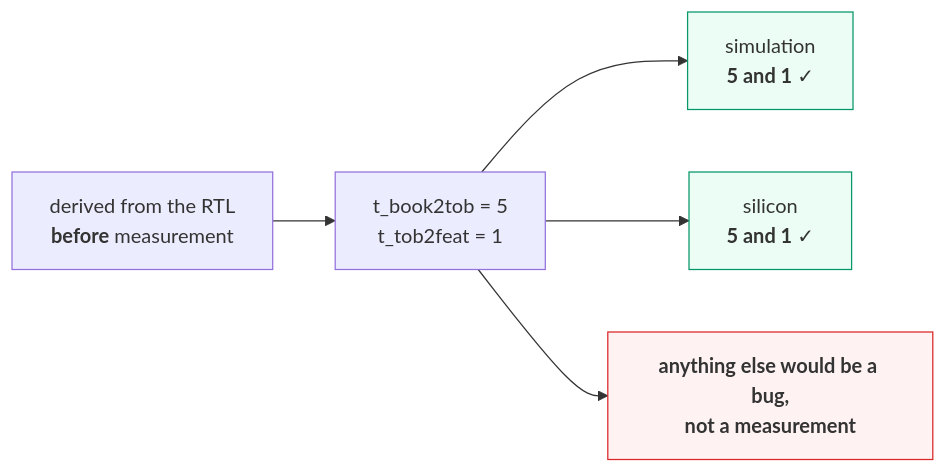
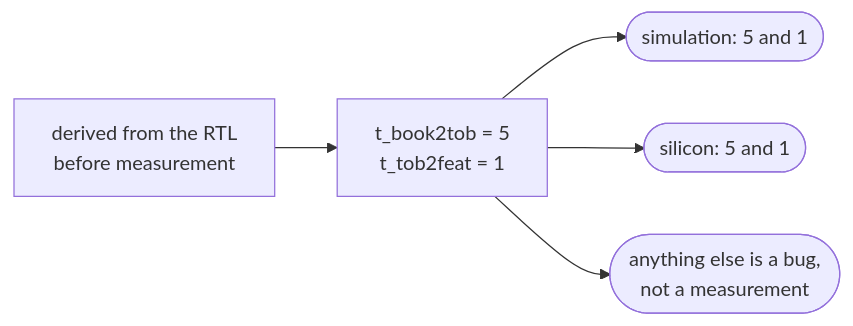
One commit to Rushmello369/fpga-feed-handler changed the sixth of 6 diagrams in docs/diagrams/latency_probe.md. Above: the diagram before and after it, drawn with Mermaid. The commit also changed other lines of this file and 12 other files, not shown here.

Commit message:
add diagrams for system and module architectures

````diff
--- a/docs/diagrams/latency_probe.md
+++ b/docs/diagrams/latency_probe.md
@@ -136,12 +104,7 @@
 ```mermaid
 flowchart LR
-    RTL["derived from the RTL<br/><b>before</b> measurement"] --> PRED["t_book2tob = 5<br/>t_tob2feat = 1"]
-    PRED --> SIM["simulation<br/><b>5 and 1</b> ✓"]
-    PRED --> HW["silicon<br/><b>5 and 1</b> ✓"]
-    PRED --> BUG["<b>anything else would be a bug,<br/>not a measurement</b>"]
-
-    classDef good fill:#ecfdf5,stroke:#059669
-    classDef bad fill:#fef2f2,stroke:#dc2626
-    class SIM,HW good
-    class BUG bad
+    RTL[derived from the RTL<br/>before measurement] --> PRED[t_book2tob = 5<br/>t_tob2feat = 1]
+    PRED --> SIM([simulation: 5 and 1])
+    PRED --> HW([silicon: 5 and 1])
+    PRED --> BUG([anything else is a bug,<br/>not a measurement])
 ```
````
